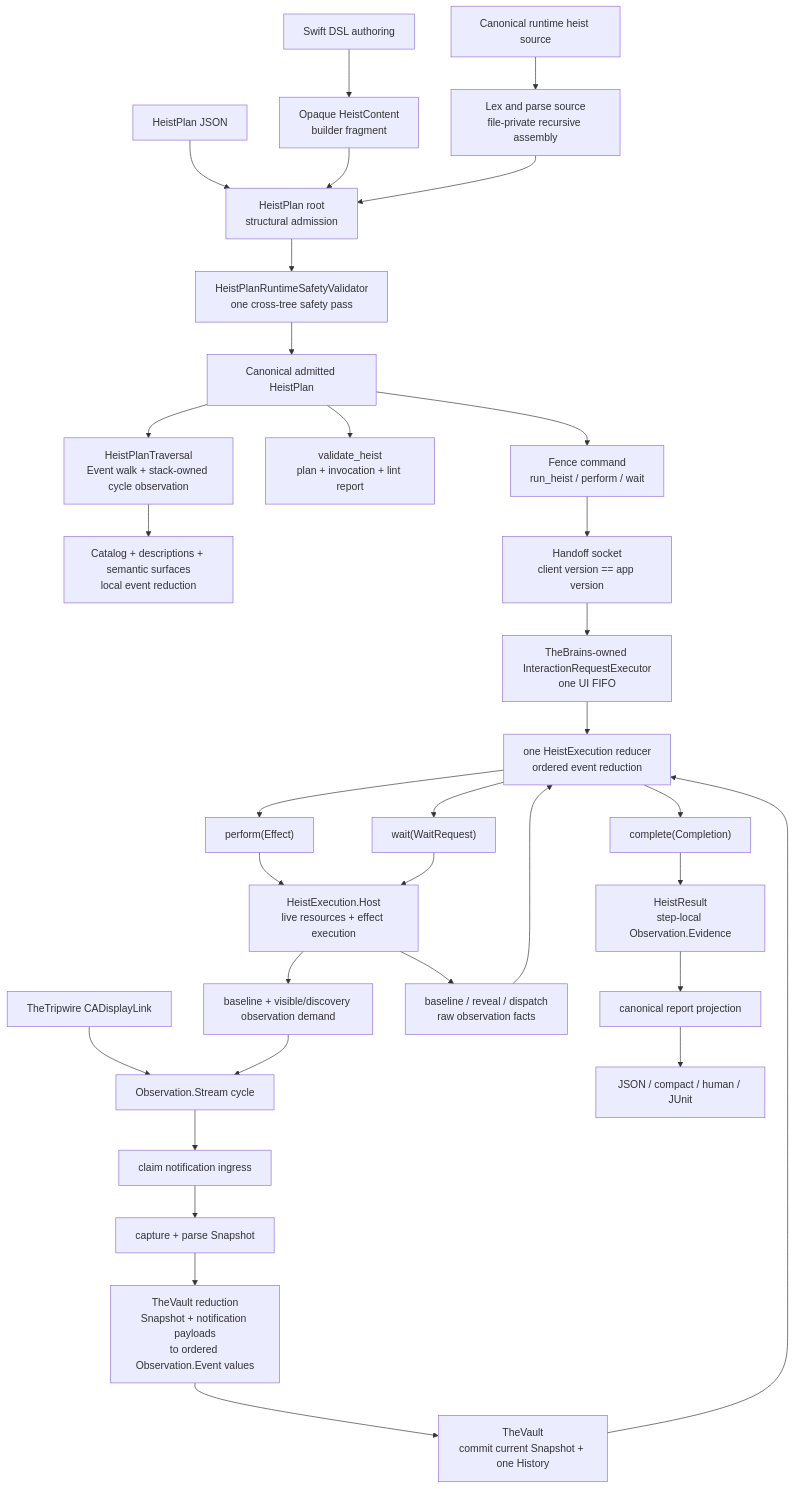
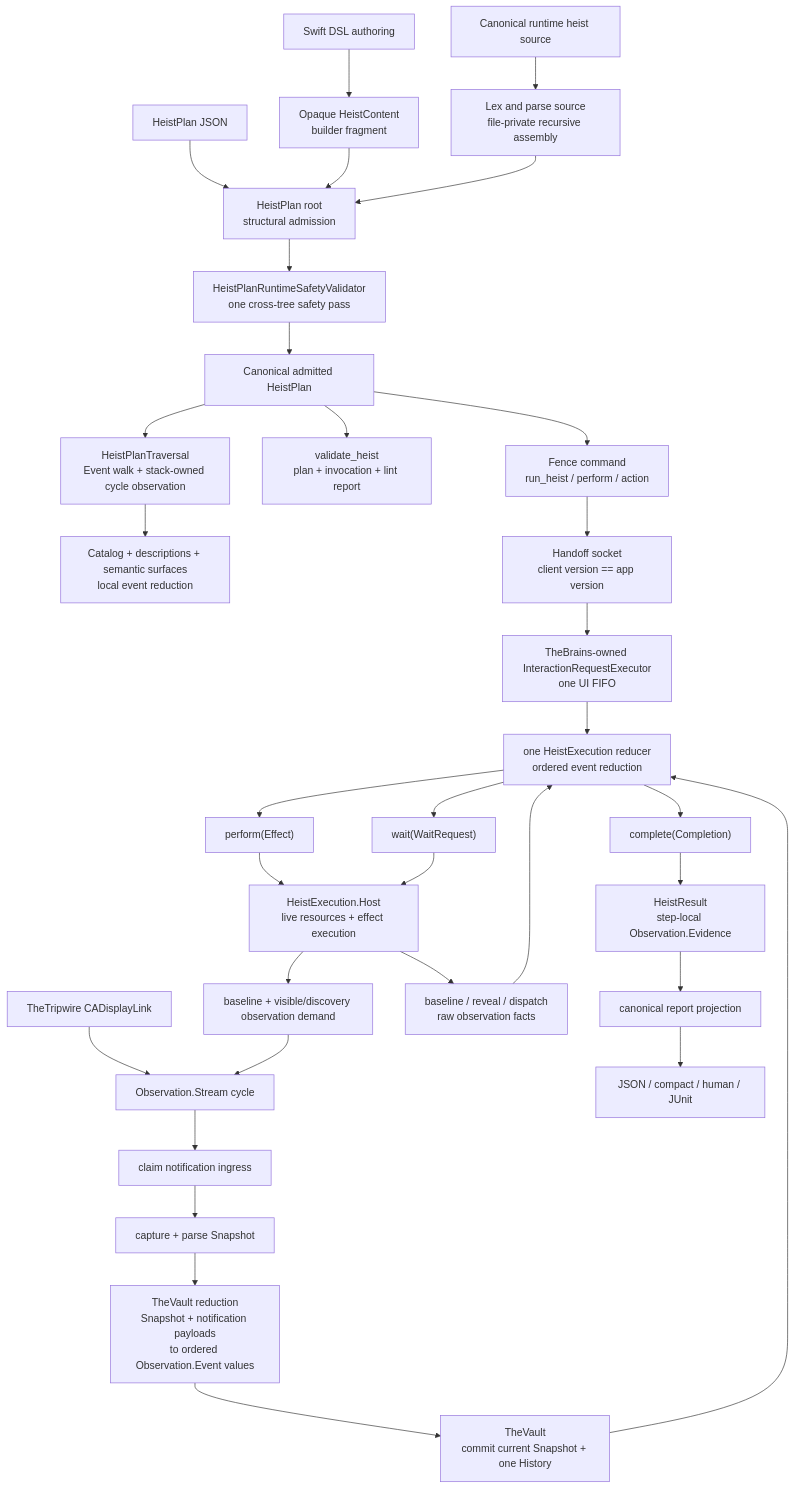
One commit to TheButtonHeist/TheButtonHeist changed the second of 2 diagrams in docs/ARCHITECTURE.md. Above: the diagram before and after it, drawn with Mermaid. The commit also changed other lines of this file and 85 other files, not shown here.

````diff
--- a/docs/ARCHITECTURE.md
+++ b/docs/ARCHITECTURE.md
@@ -841,36 +842,36 @@
 ```mermaid
 flowchart TD
     SwiftAuthor["Swift DSL authoring"] --> Fragment["Opaque HeistContent<br/>builder fragment"]
     SourceAuthor["Canonical runtime heist source"] --> Parse["Lex and parse source<br/>file-private recursive assembly"]
     JSONAuthor["HeistPlan JSON"] --> RootAdmission
     Fragment --> RootAdmission["HeistPlan root<br/>structural admission"]
     Parse --> RootAdmission
     RootAdmission --> Validate["HeistPlanRuntimeSafetyValidator<br/>one cross-tree safety pass"]
     Validate --> Plan["Canonical admitted HeistPlan"]
     Plan --> Walk["HeistPlanTraversal<br/>Event walk + stack-owned cycle observation"]
     Walk --> Discovery["Catalog + descriptions + semantic surfaces<br/>local event reduction"]
     Plan --> OfflineReport["validate_heist<br/>plan + invocation + lint report"]
-    Plan --> FenceCommand["Fence command<br/>run_heist / perform / wait"]
+    Plan --> FenceCommand["Fence command<br/>run_heist / perform / action"]
     FenceCommand --> HandoffSocket["Handoff socket<br/>client version == app version"]
     HandoffSocket --> Executor["TheBrains-owned InteractionRequestExecutor<br/>one UI FIFO"]
 
     Executor --> Execution["one HeistExecution reducer<br/>ordered event reduction"]
     Host["HeistExecution.Host<br/>live resources + effect execution"] --> Demand["baseline + visible/discovery observation demand"]
     Link["TheTripwire CADisplayLink"] --> Cycle["Observation.Stream cycle"]
     Demand --> Cycle
     Cycle --> Claim["claim notification ingress"]
     Claim --> Capture["capture + parse Snapshot"]
     Capture --> Reduce["TheVault reduction<br/>Snapshot + notification payloads<br/>to ordered Observation.Event values"]
     Reduce --> Vault["TheVault<br/>commit current Snapshot + one History"]
     Vault --> Execution
     Execution --> Perform["perform(Effect)"]
     Execution --> Wait["wait(WaitRequest)"]
     Execution --> Complete["complete(Completion)"]
     Perform --> Host
     Wait --> Host
     Host --> LeafWork["baseline / reveal / dispatch<br/>raw observation facts"]
     LeafWork --> Execution
     Complete --> Result["HeistResult<br/>step-local Observation.Evidence"]
     Result --> Project["canonical report projection"]
     Project --> Response["JSON / compact / human / JUnit"]
 ```
````
